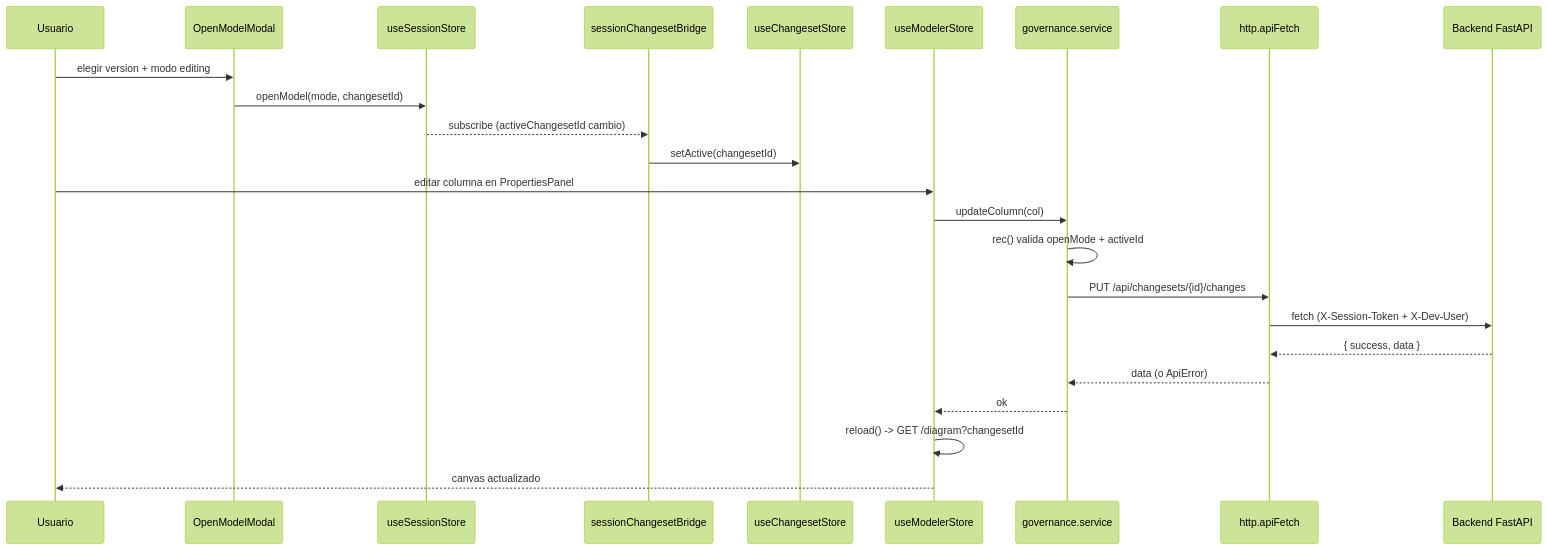
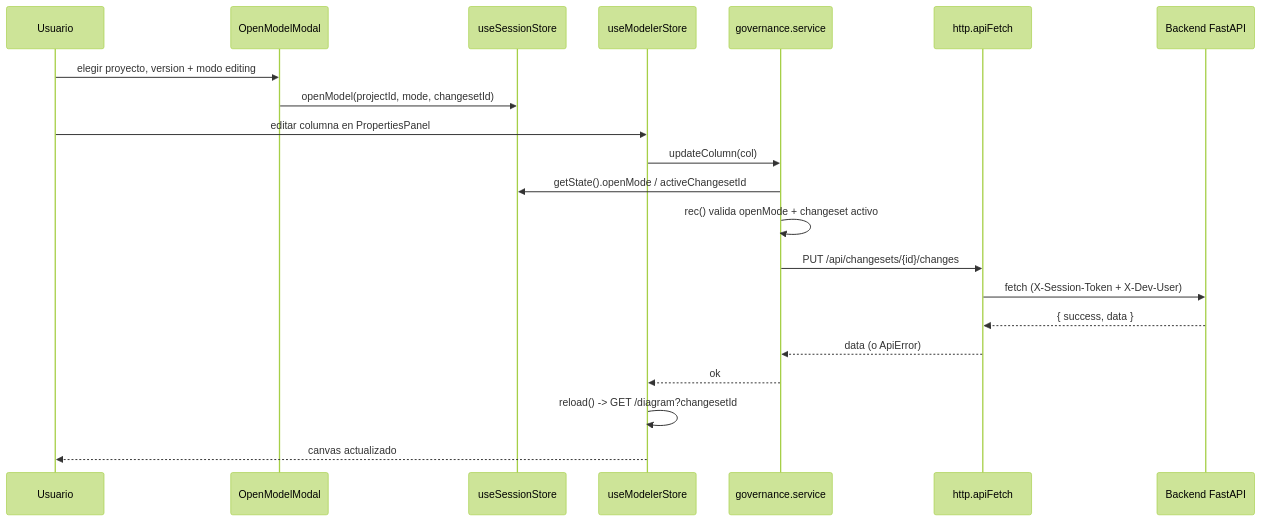
One commit to Carlosmps97/web-data-model-hub changed the fifth of 5 diagrams in doc/architecture.md. Above: the diagram before and after it, drawn with Mermaid (forest theme). The commit also changed other lines of this file and 198 other files, not shown here.

````diff
--- a/doc/architecture.md
+++ b/doc/architecture.md
@@ -603,27 +595,24 @@
 ```mermaid
 sequenceDiagram
   participant U as Usuario
   participant OM as OpenModelModal
   participant Sess as useSessionStore
-  participant Br as sessionChangesetBridge
-  participant Cs as useChangesetStore
   participant Mod as useModelerStore
   participant Gov as governance.service
   participant Http as http.apiFetch
   participant API as Backend FastAPI
 
-  U->>OM: elegir version + modo editing
-  OM->>Sess: openModel(mode, changesetId)
-  Sess-->>Br: subscribe (activeChangesetId cambio)
-  Br->>Cs: setActive(changesetId)
+  U->>OM: elegir proyecto, version + modo editing
+  OM->>Sess: openModel(projectId, mode, changesetId)
   U->>Mod: editar columna en PropertiesPanel
   Mod->>Gov: updateColumn(col)
-  Gov->>Gov: rec() valida openMode + activeId
+  Gov->>Sess: getState().openMode / activeChangesetId
+  Gov->>Gov: rec() valida openMode + changeset activo
   Gov->>Http: PUT /api/changesets/{id}/changes
   Http->>API: fetch (X-Session-Token + X-Dev-User)
   API-->>Http: { success, data }
   Http-->>Gov: data (o ApiError)
   Gov-->>Mod: ok
   Mod->>Mod: reload() -> GET /diagram?changesetId
   Mod-->>U: canvas actualizado
 ```
````
